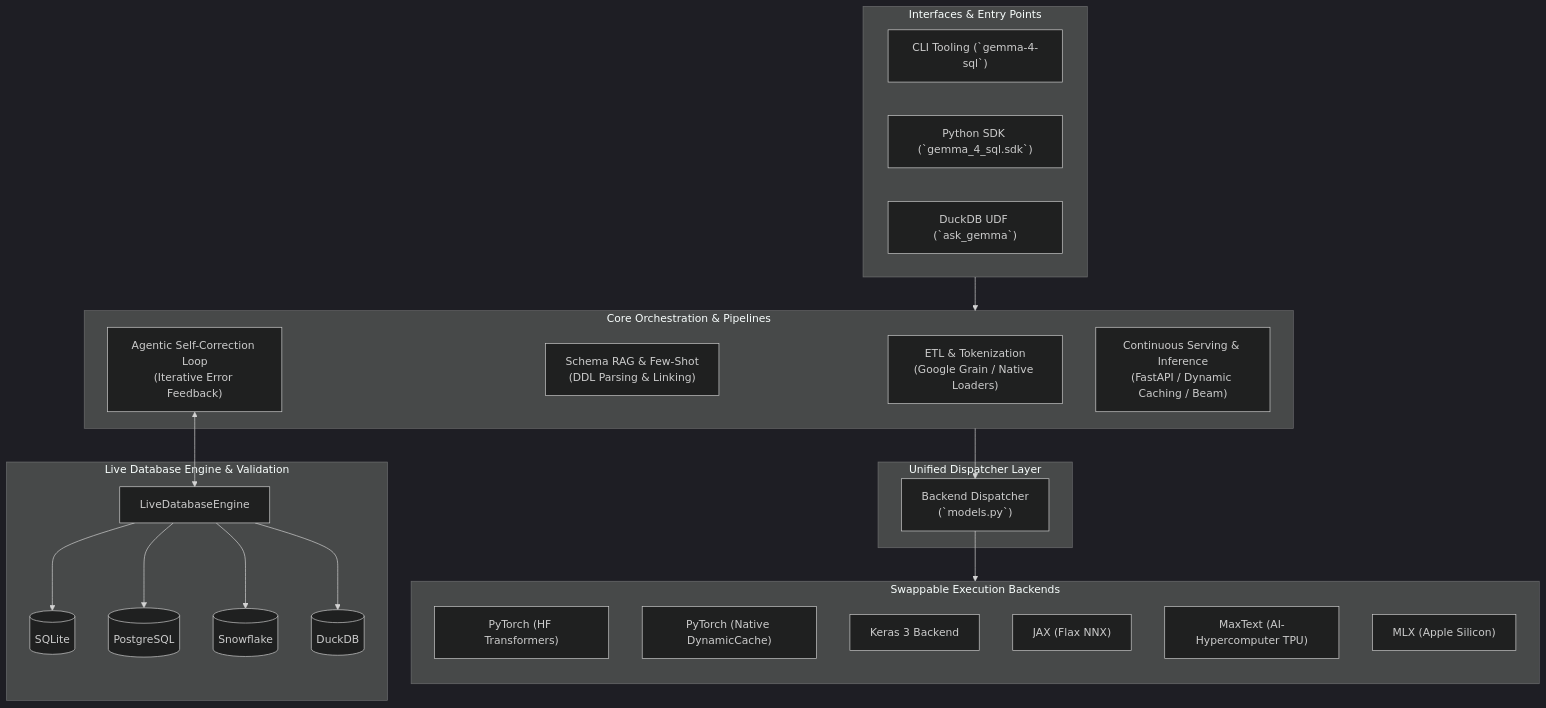
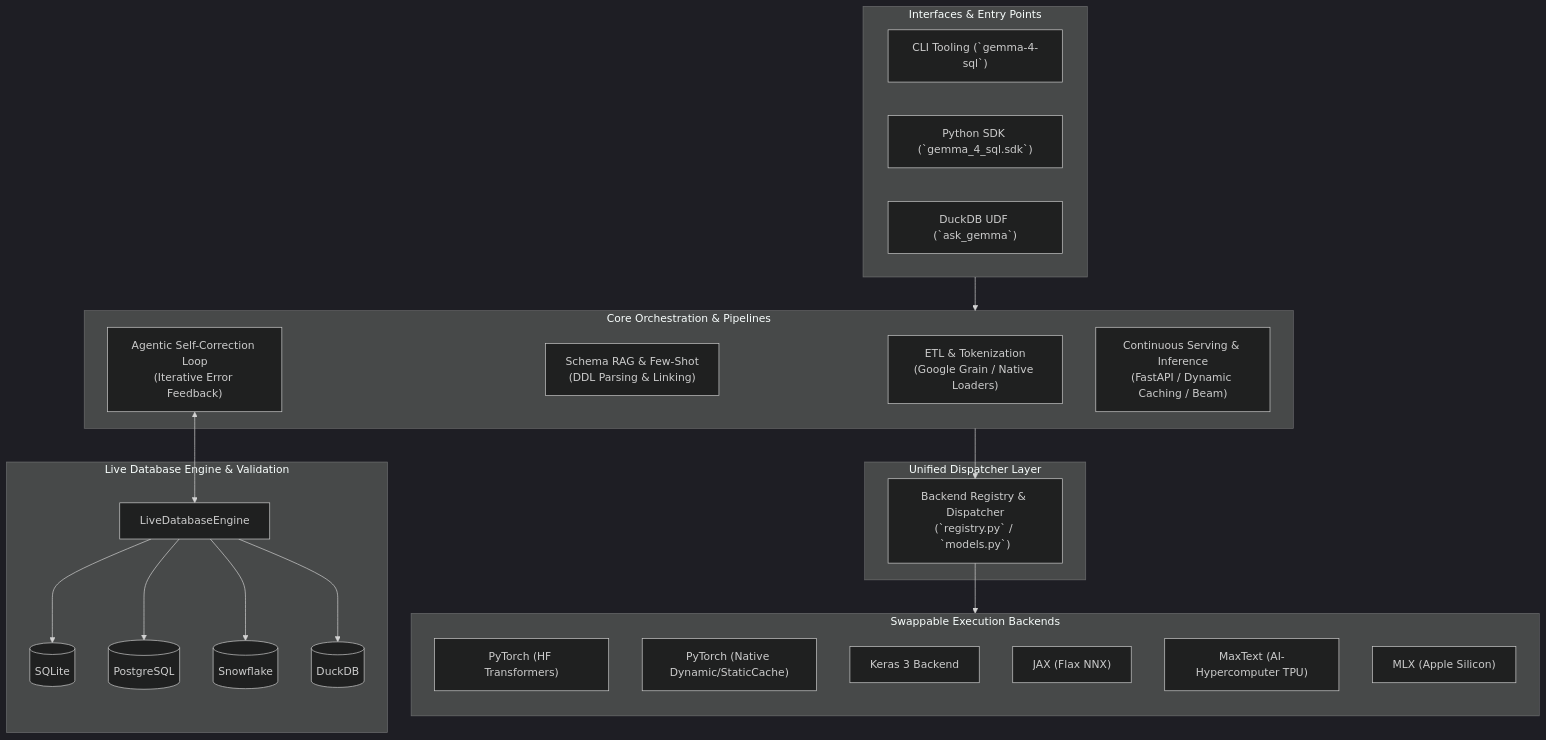
The diagram in README.md (SamuelMarks/gemma-4-sql), drawn with Mermaid (dark theme) before and after one commit. The commit also changed other lines of this file and 291 other files, not shown here.

````diff
--- a/README.md
+++ b/README.md
@@ -23,47 +23,47 @@
 ```mermaid
 flowchart TD
     subgraph UI["Interfaces & Entry Points"]
         CLI["CLI Tooling (`gemma-4-sql`)"]
         SDK["Python SDK (`gemma_4_sql.sdk`)"]
         DUCK_UDF["DuckDB UDF (`ask_gemma`)"]
     end
 
     subgraph CORE["Core Orchestration & Pipelines"]
         ETL["ETL & Tokenization<br/>(Google Grain / Native Loaders)"]
         RAG["Schema RAG & Few-Shot<br/>(DDL Parsing & Linking)"]
         AGENT["Agentic Self-Correction Loop<br/>(Iterative Error Feedback)"]
         SERVE["Continuous Serving & Inference<br/>(FastAPI / Dynamic Caching / Beam)"]
     end
 
     subgraph DISPATCH["Unified Dispatcher Layer"]
-        DISPATCHER["Backend Dispatcher<br/>(`models.py`)"]
+        DISPATCHER["Backend Registry & Dispatcher<br/>(`registry.py` / `models.py`)"]
     end
 
     subgraph BACKENDS["Swappable Execution Backends"]
         direction TB
         PT_HF["PyTorch (HF Transformers)"]
-        PT_NAT["PyTorch (Native DynamicCache)"]
+        PT_NAT["PyTorch (Native Dynamic/StaticCache)"]
         KERAS["Keras 3 Backend"]
         JAX_NNX["JAX (Flax NNX)"]
         MAXTEXT["MaxText (AI-Hypercomputer TPU)"]
         MLX["MLX (Apple Silicon)"]
     end
 
     subgraph DB["Live Database Engine & Validation"]
         DB_ENGINE["LiveDatabaseEngine"]
         SQLITE[("SQLite")]
         PG[("PostgreSQL")]
         SNOW[("Snowflake")]
         DUCKDB[("DuckDB")]
     end
 
     UI --> CORE
     CORE --> DISPATCHER
     DISPATCHER --> BACKENDS
 
     AGENT <--> DB_ENGINE
     DB_ENGINE --> SQLITE
     DB_ENGINE --> PG
     DB_ENGINE --> SNOW
     DB_ENGINE --> DUCKDB
 ```
````
